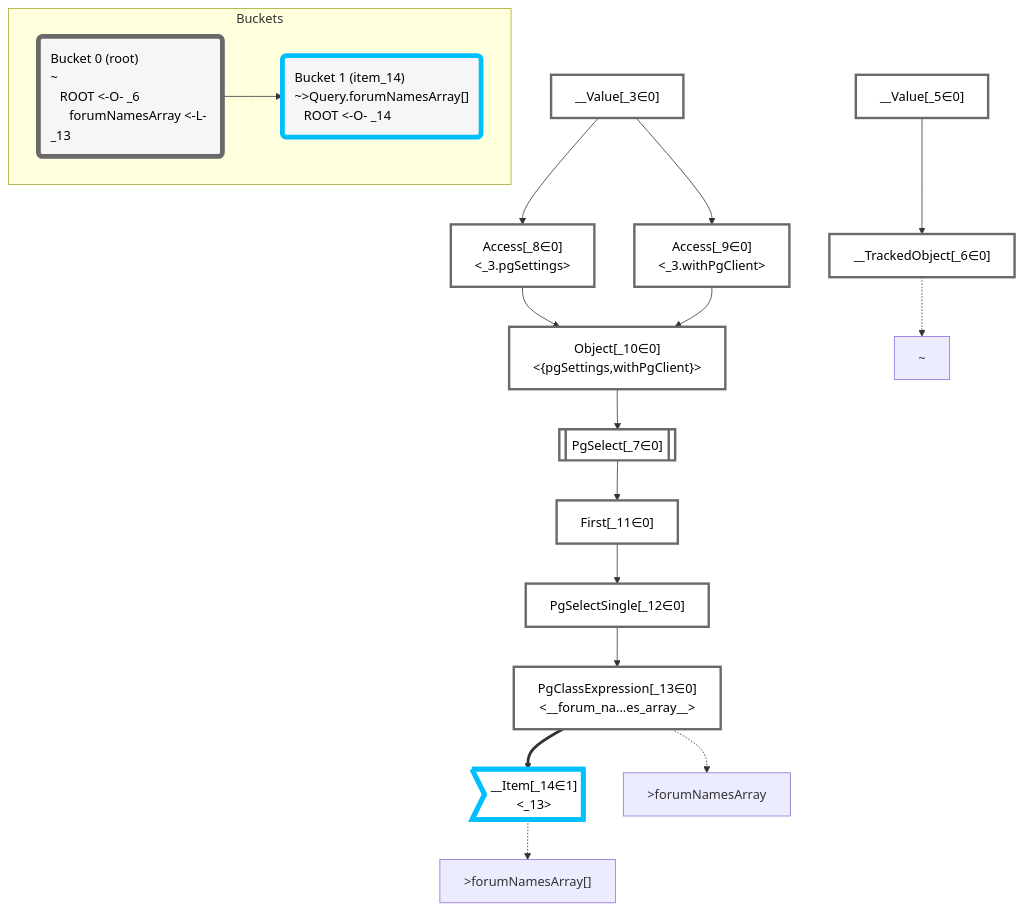
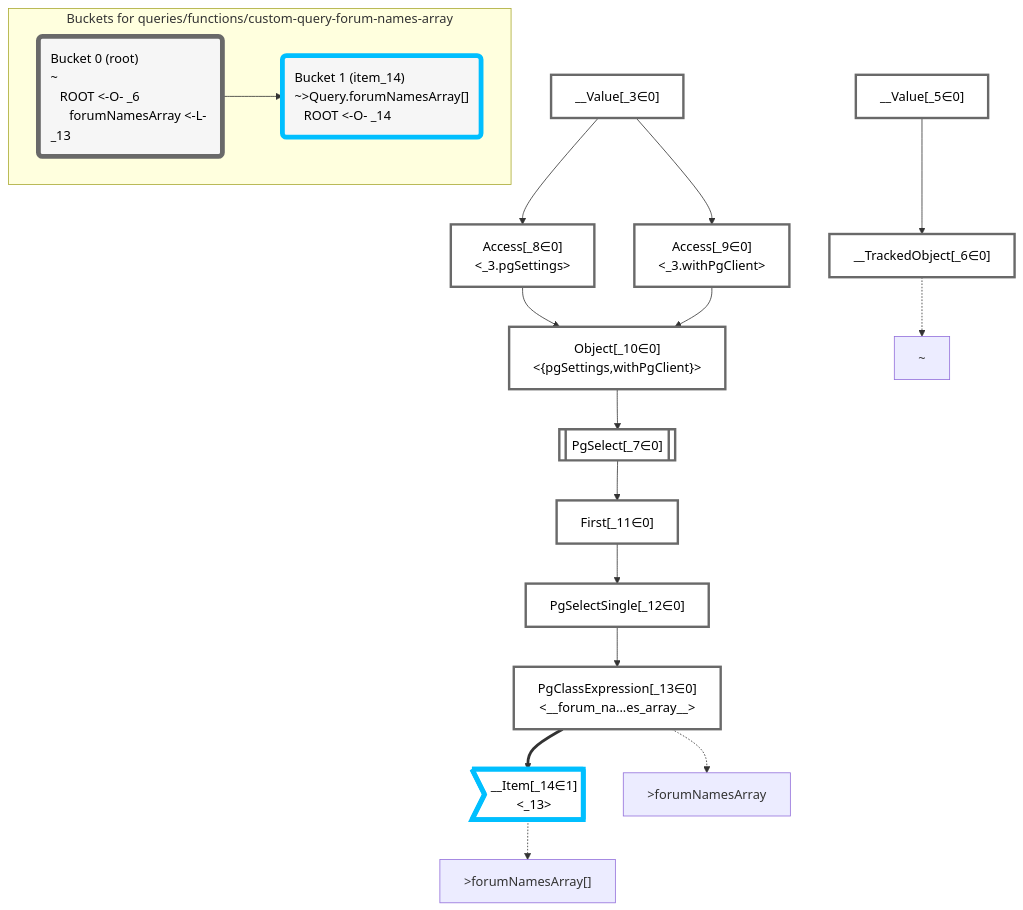
One commit to graphile/crystal changed the diagram in packages/dataplan-pg/__tests__/queries/functions/custom-query-forum-names-array.mermaid.md. Above: the diagram before and after it, drawn with Mermaid. The commit also changed 195 other files, not shown here.

````diff
--- a/packages/dataplan-pg/__tests__/queries/functions/custom-query-forum-names-array.mermaid.md
+++ b/packages/dataplan-pg/__tests__/queries/functions/custom-query-forum-names-array.mermaid.md
@@ -1,56 +1,56 @@
 ```mermaid
 graph TD
     classDef path fill:#eee,stroke:#000,color:#000
     classDef plan fill:#fff,stroke-width:3px,color:#000
     classDef itemplan fill:#fff,stroke-width:6px,color:#000
     classDef sideeffectplan fill:#f00,stroke-width:6px,color:#000
     classDef bucket fill:#f6f6f6,color:#000,stroke-width:6px,text-align:left
 
 
     %% define plans
     __Value_3["__Value[_3∈0]<br /><context>"]:::plan
     __Value_5["__Value[_5∈0]<br /><rootValue>"]:::plan
     __TrackedObject_6["__TrackedObject[_6∈0]"]:::plan
     PgSelect_7[["PgSelect[_7∈0]<br /><forum_names_array>"]]:::plan
     Access_8["Access[_8∈0]<br /><_3.pgSettings>"]:::plan
     Access_9["Access[_9∈0]<br /><_3.withPgClient>"]:::plan
     Object_10["Object[_10∈0]<br /><{pgSettings,withPgClient}>"]:::plan
     First_11["First[_11∈0]"]:::plan
     PgSelectSingle_12["PgSelectSingle[_12∈0]<br /><forum_names_array>"]:::plan
     PgClassExpression_13["PgClassExpression[_13∈0]<br /><__forum_na...es_array__>"]:::plan
     __Item_14>"__Item[_14∈1]<br /><_13>"]:::itemplan
 
     %% plan dependencies
     __Value_5 --> __TrackedObject_6
     Object_10 --> PgSelect_7
     __Value_3 --> Access_8
     __Value_3 --> Access_9
     Access_8 --> Object_10
     Access_9 --> Object_10
     PgSelect_7 --> First_11
     First_11 --> PgSelectSingle_12
     PgSelectSingle_12 --> PgClassExpression_13
     PgClassExpression_13 ==> __Item_14
 
     %% plan-to-path relationships
     P_6["~"]
     __TrackedObject_6 -.-> P_6
     P_13[">forumNamesArray"]
     PgClassExpression_13 -.-> P_13
     P_14[">forumNamesArray[]"]
     __Item_14 -.-> P_14
 
     %% allocate buckets
     classDef bucket0 stroke:#696969
     class __Value_3,__Value_5,__TrackedObject_6,PgSelect_7,Access_8,Access_9,Object_10,First_11,PgSelectSingle_12,PgClassExpression_13 bucket0
     classDef bucket1 stroke:#00bfff
     class __Item_14 bucket1
 
-    subgraph Buckets
+    subgraph "Buckets for queries/functions/custom-query-forum-names-array"
     Bucket0("Bucket 0 (root)<br />~<br />⠀ROOT <-O- _6<br />⠀⠀forumNamesArray <-L- _13"):::bucket
     style Bucket0 stroke:#696969
     Bucket1("Bucket 1 (item_14)<br />~>Query.forumNamesArray[]<br />⠀ROOT <-O- _14"):::bucket
     style Bucket1 stroke:#00bfff
     Bucket0 --> Bucket1
     end
 ```
````
